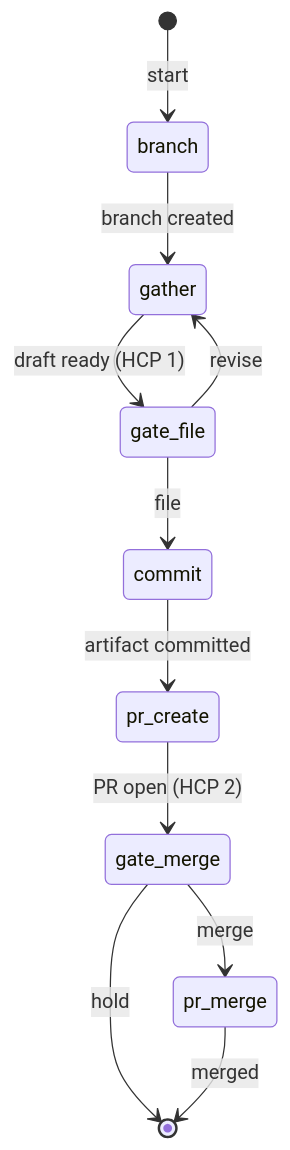
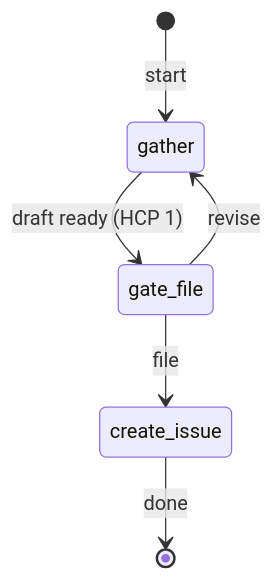
The diagram in docs/workflows/issue-intake/issue-intake.states.md (ashitaka-emishi/lob-online), drawn with Mermaid before and after one commit. The commit also changed other lines of this file and 33 other files, not shown here.

First line of the commit message:
feat(#67): simplify issue-intake — remove artifact commit and branch lifecycle (#69)

````diff
--- a/docs/workflows/issue-intake/issue-intake.states.md
+++ b/docs/workflows/issue-intake/issue-intake.states.md
@@ -16,16 +14,10 @@
 ```mermaid
 stateDiagram-v2
-    [*] --> branch : start
+    [*] --> gather : start
 
-    branch --> gather : branch created
     gather --> gate_file : draft ready (HCP 1)
-    gate_file --> commit : file
+    gate_file --> create_issue : file
     gate_file --> gather : revise
 
-    commit --> pr_create : artifact committed
-    pr_create --> gate_merge : PR open (HCP 2)
-    gate_merge --> pr_merge : merge
-    gate_merge --> [*] : hold
-
-    pr_merge --> [*] : merged
+    create_issue --> [*] : done
 ```
````
